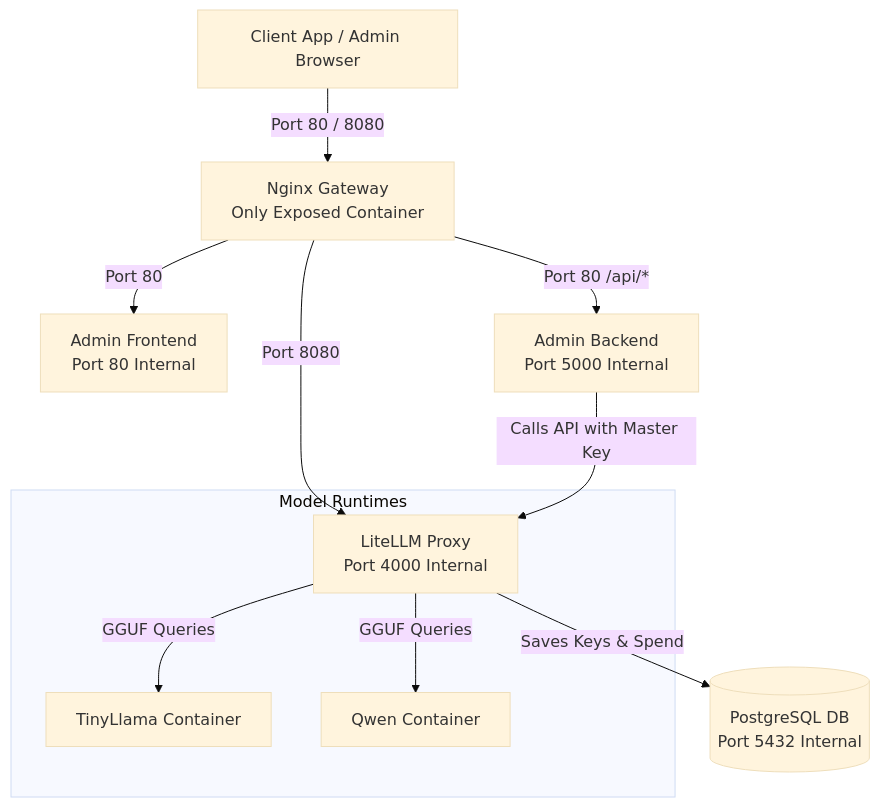
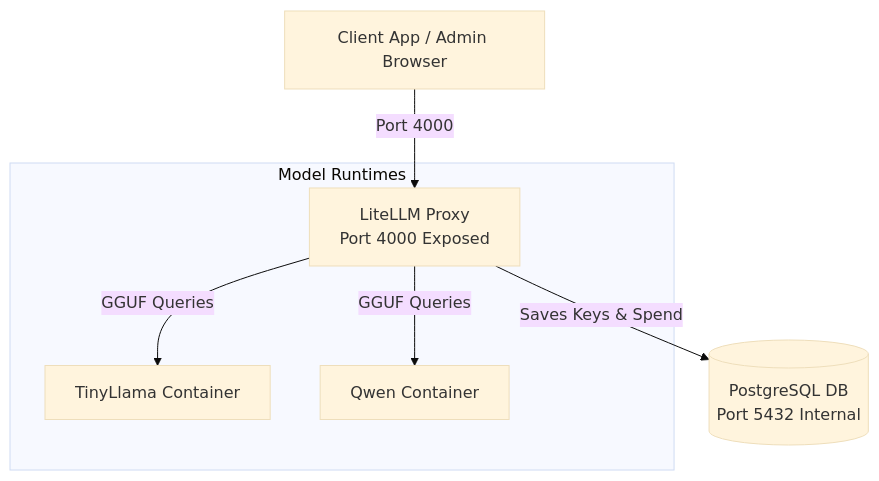
One commit to AzPepoze/litellm-llamacpp-setup changed the diagram in README.md. Above: the diagram before and after it, drawn with Mermaid (base theme). The commit also changed other lines of this file and 9 other files, not shown here.

````diff
--- a/README.md
+++ b/README.md
@@ -24,16 +23,11 @@
 ```mermaid
 graph TD
-    Client[Client App / Admin Browser] -->|Port 80 / 8080| Nginx[Nginx Gateway<br/>Only Exposed Container]
+    Client[Client App / Admin Browser] -->|Port 4000| LiteLLM[LiteLLM Proxy<br/>Port 4000 Exposed]
     
-    Nginx -->|Port 8080| LiteLLM[LiteLLM Proxy<br/>Port 4000 Internal]
-    Nginx -->|Port 80| Frontend[Admin Frontend<br/>Port 80 Internal]
-    Nginx -->|Port 80 /api/*| Backend[Admin Backend<br/>Port 5000 Internal]
-    
-    Backend -->|Calls API with Master Key| LiteLLM
     LiteLLM -->|Saves Keys & Spend| Postgres[(PostgreSQL DB<br/>Port 5432 Internal)]
     
     subgraph Model Runtimes
         LiteLLM -->|GGUF Queries| TinyLlama[TinyLlama Container]
         LiteLLM -->|GGUF Queries| Qwen[Qwen Container]
     end
 ```
````
